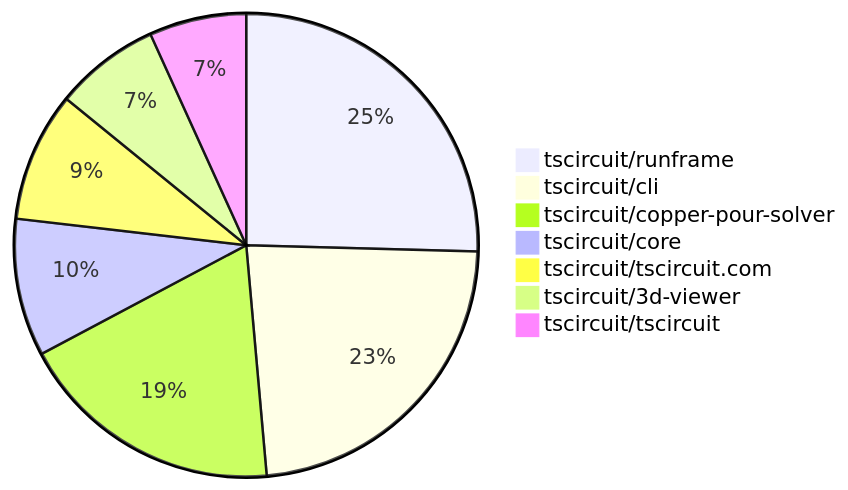
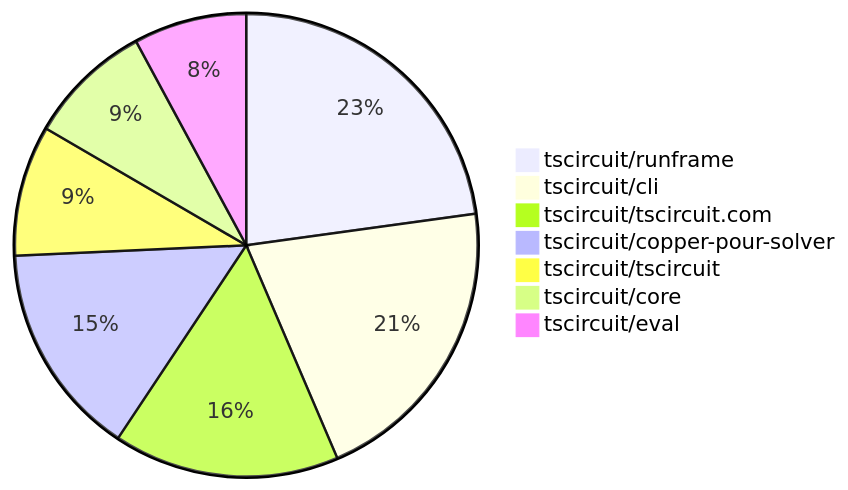
The second of 2 diagrams in README.md (tscircuit/contribution-tracker), drawn with Mermaid before and after one commit. The commit also changed other lines of this file and 3 other files, not shown here.

````diff
--- a/README.md
+++ b/README.md
@@ -120,10 +127,10 @@
 ```mermaid
 pie
-    "tscircuit/runframe" : 45
-    "tscircuit/cli" : 41
-    "tscircuit/copper-pour-solver" : 33
-    "tscircuit/core" : 17
-    "tscircuit/tscircuit.com" : 16
-    "tscircuit/3d-viewer" : 13
-    "tscircuit/tscircuit" : 12
+    "tscircuit/runframe" : 55
+    "tscircuit/cli" : 50
+    "tscircuit/tscircuit.com" : 38
+    "tscircuit/copper-pour-solver" : 36
+    "tscircuit/tscircuit" : 22
+    "tscircuit/core" : 21
+    "tscircuit/eval" : 19
 ```
````
